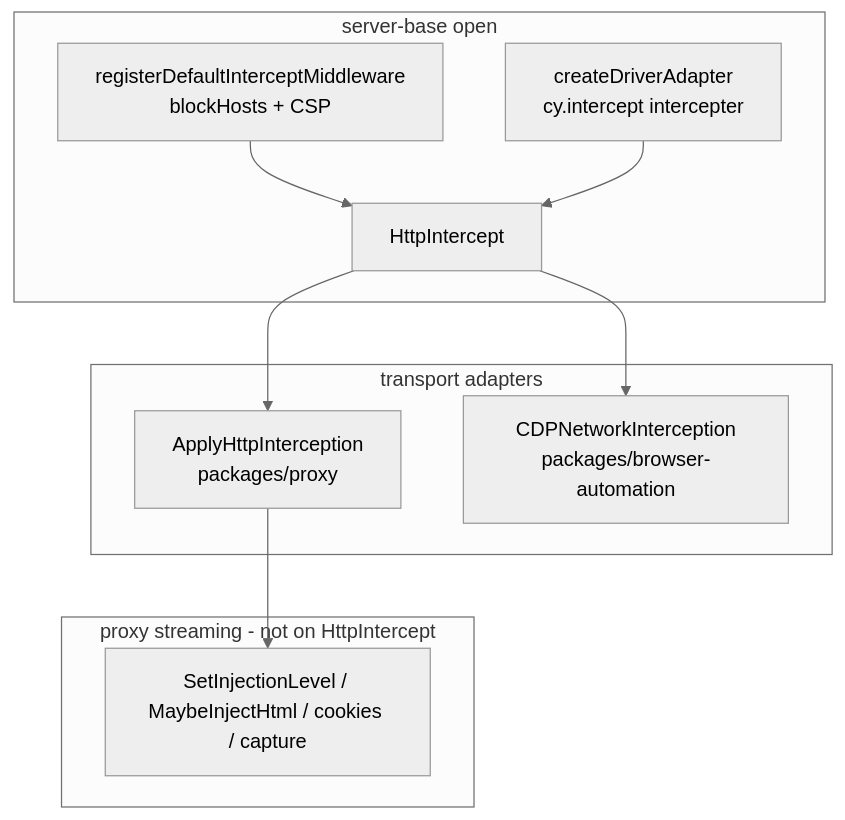
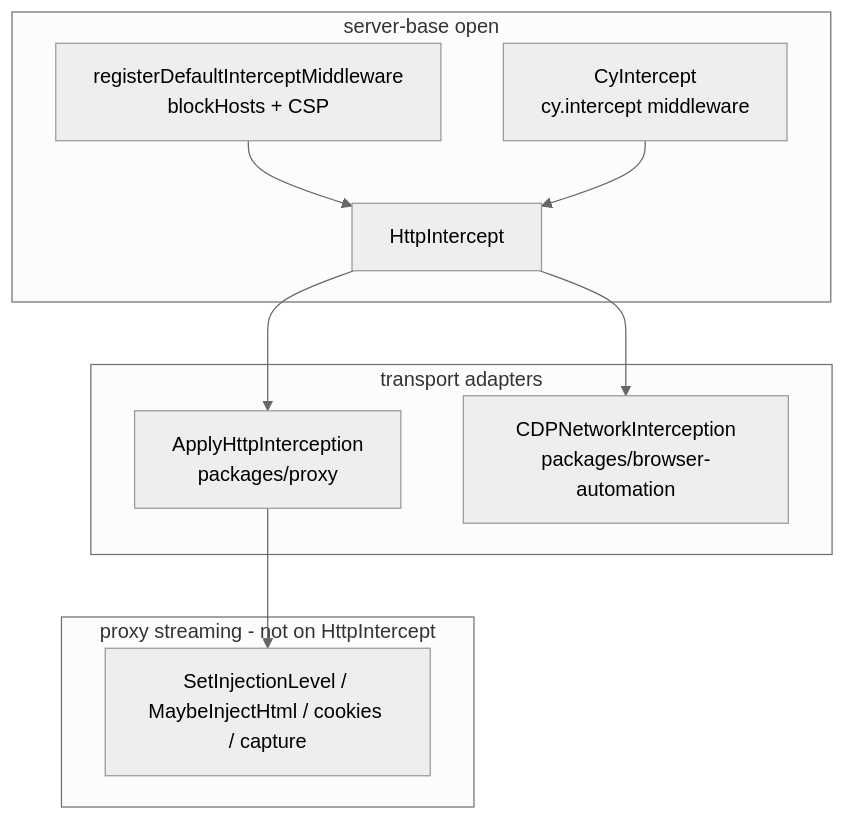
The diagram in packages/network-interception/README.md (cypress-io/cypress), drawn with Mermaid (neutral theme) before and after one commit. The commit also changed other lines of this file and 6 other files, not shown here.

````diff
--- a/packages/network-interception/README.md
+++ b/packages/network-interception/README.md
@@ -59,19 +59,19 @@
 ```mermaid
 flowchart TB
   subgraph compositionRoot["server-base open"]
     REG["registerDefaultInterceptMiddleware<br/>blockHosts + CSP"]
-    DRV["createDriverAdapter<br/>cy.intercept intercepter"]
+    CI["CyIntercept<br/>cy.intercept middleware"]
     REG --> HI[HttpIntercept]
-    DRV --> HI
+    CI --> HI
   end
   subgraph transportLayer["transport adapters"]
     MITM["ApplyHttpInterception<br/>packages/proxy"]
     FETCH["CDPNetworkInterception<br/>packages/browser-automation"]
   end
   subgraph proxyStreaming["proxy streaming - not on HttpIntercept"]
     STREAM["SetInjectionLevel / MaybeInjectHtml / cookies / capture"]
   end
   HI --> MITM
   HI --> FETCH
   MITM --> STREAM
 ```
````
